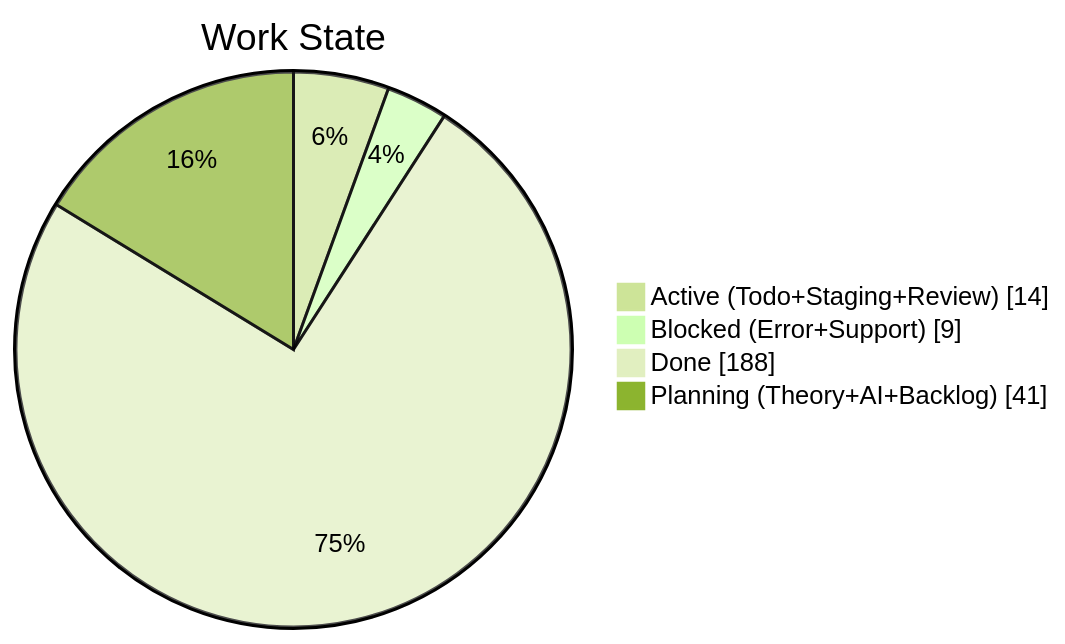
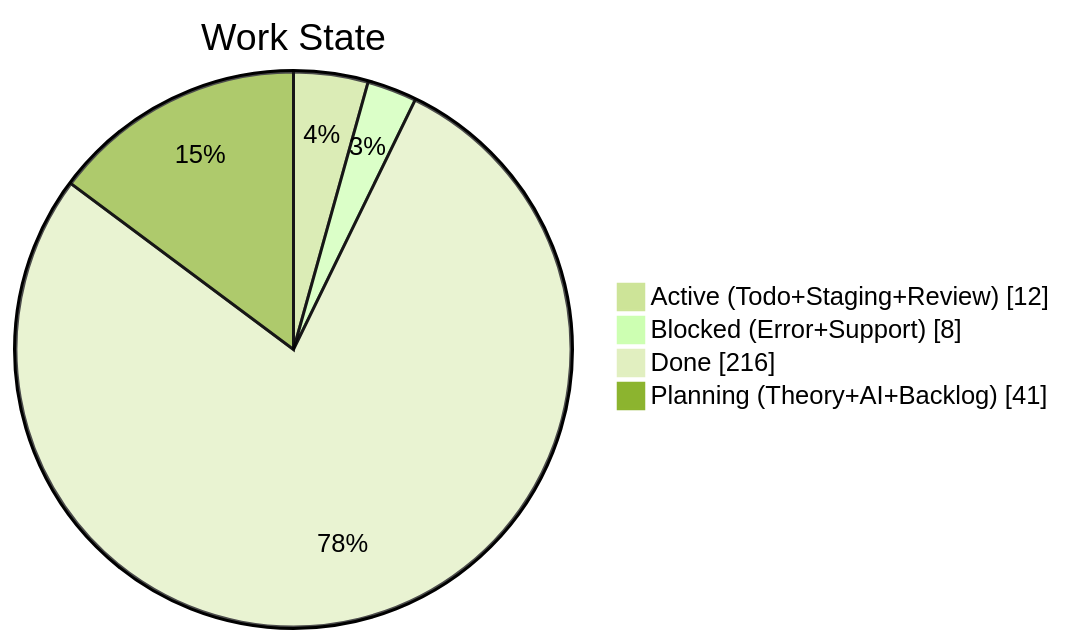
The second of 4 diagrams in apps/kbve/astro-kbve/src/content/docs/dashboard/kanban-data.mdx (KBVE/kbve), drawn with Mermaid (forest theme) before and after one commit. The commit also changed other lines of this file and 8 other files, not shown here.

````diff
--- a/apps/kbve/astro-kbve/src/content/docs/dashboard/kanban-data.mdx
+++ b/apps/kbve/astro-kbve/src/content/docs/dashboard/kanban-data.mdx
@@ -68,8 +67,8 @@
 ```mermaid
 pie showData
     title Work State
-    "Active (Todo+Staging+Review)" : 14
-    "Blocked (Error+Support)" : 9
-    "Done" : 188
+    "Active (Todo+Staging+Review)" : 12
+    "Blocked (Error+Support)" : 8
+    "Done" : 216
     "Planning (Theory+AI+Backlog)" : 41
 ```
````
